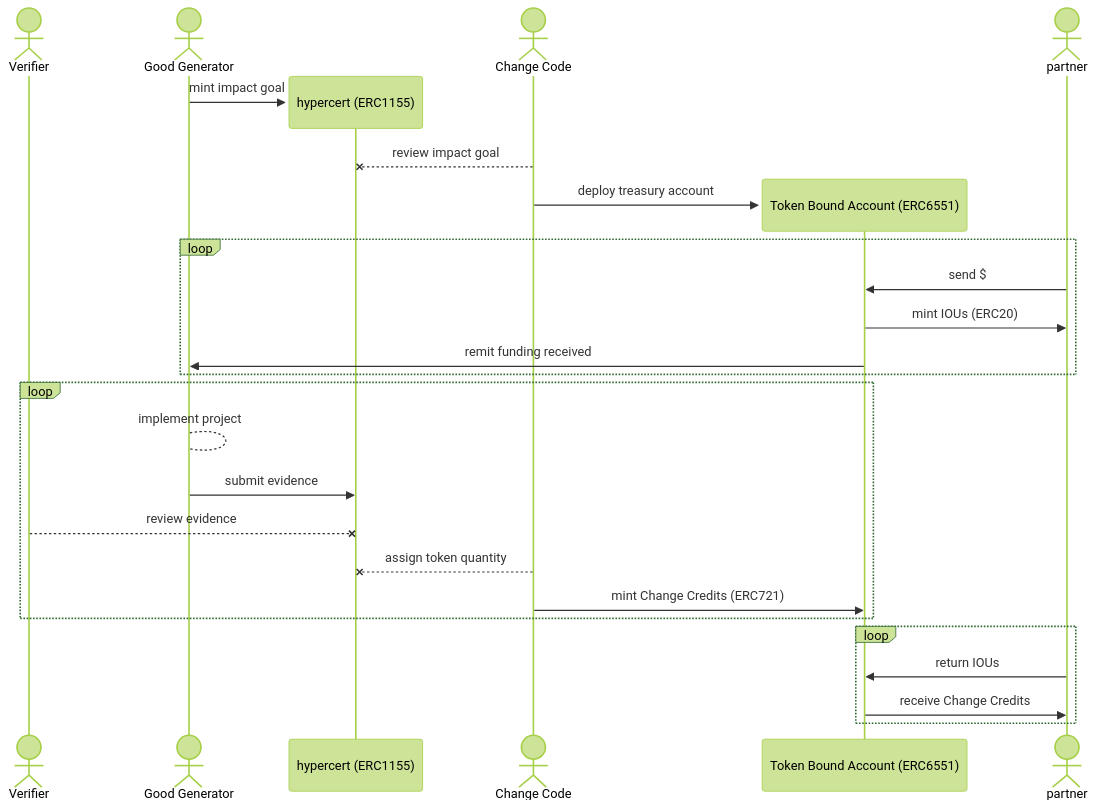
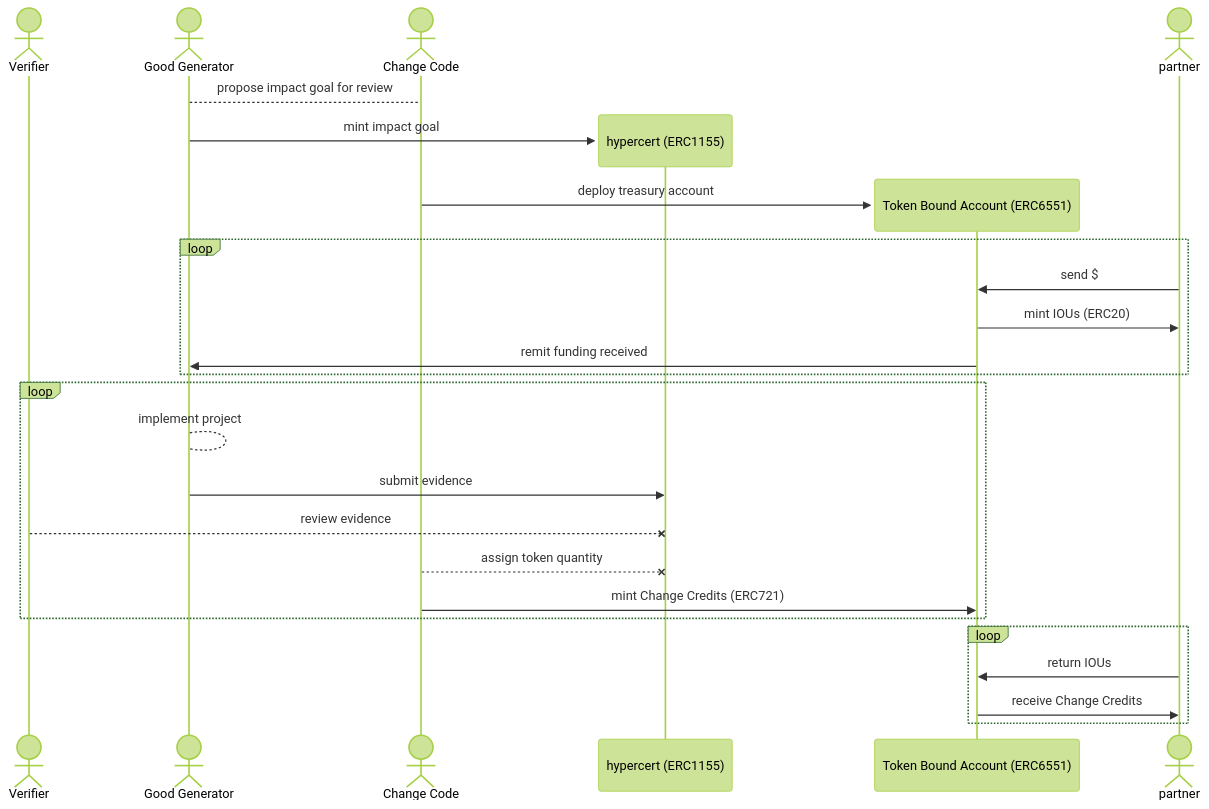
One commit to change-code-io/docs changed the diagram in change-credits/cc-minting.md. Above: the diagram before and after it, drawn with Mermaid (forest theme). The commit also changed other lines of this file and 6 other files, not shown here.

Commit message:
IOU data schema added

````diff
--- a/change-credits/cc-minting.md
+++ b/change-credits/cc-minting.md
@@ -27,28 +24,29 @@
 ```mermaid
 sequenceDiagram
     actor Verifier
     actor Good Generator
+    actor Change Code
+    Good Generator-->Change Code: propose impact goal for review
     create participant hypercert (ERC1155)
     Good Generator->>hypercert (ERC1155): mint impact goal
     actor Change Code
-    Change Code--xhypercert (ERC1155): review impact goal
     create participant Token Bound Account (ERC6551)
     Change Code->>Token Bound Account (ERC6551): deploy treasury account
     actor partner
     loop
         partner->>Token Bound Account (ERC6551): send $
         Token Bound Account (ERC6551)->>partner: mint IOUs (ERC20)
         Token Bound Account (ERC6551)->>Good Generator: remit funding received
     end
     loop
         Good Generator-->Good Generator: implement project
         Good Generator->>hypercert (ERC1155): submit evidence
         Verifier--xhypercert (ERC1155): review evidence
         Change Code--xhypercert (ERC1155): assign token quantity
         Change Code->>Token Bound Account (ERC6551): mint Change Credits (ERC721)
     end
     Loop
         partner->>Token Bound Account (ERC6551): return IOUs
         Token Bound Account (ERC6551)->>partner: receive Change Credits
     end
 ```
````
